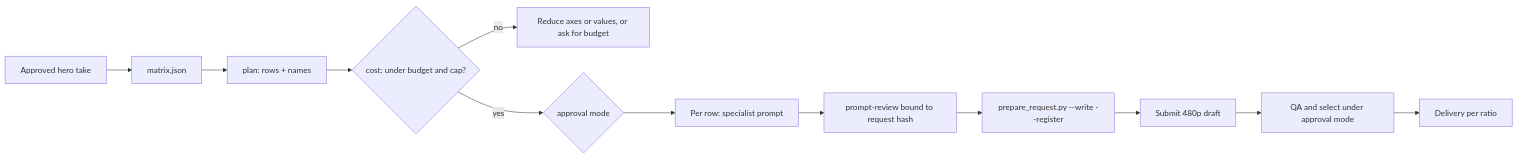
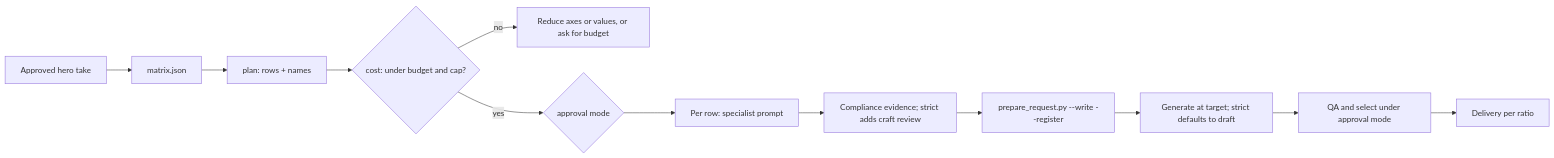
The diagram in .agents/skills/ad-variant-matrix/SKILL.md (byteplus-sa/seed-marketing-studio), drawn with Mermaid before and after one commit. The commit also changed other lines of this file and 27 other files, not shown here.

First line of the commit message:
feat: make routine production lightweight with opt-in strict review

````diff
--- a/.agents/skills/ad-variant-matrix/SKILL.md
+++ b/.agents/skills/ad-variant-matrix/SKILL.md
@@ -61,14 +70,14 @@
 ```mermaid
 flowchart LR
   H[Approved hero take] --> M[matrix.json]
   M --> P[plan: rows + names]
   P --> C{cost: under budget and cap?}
   C -->|no| R[Reduce axes or values, or ask for budget]
   C -->|yes| A{approval mode}
   A --> W[Per row: specialist prompt]
-  W --> PR[prompt-review bound to request hash]
+  W --> PR[Compliance evidence; strict adds craft review]
   PR --> REG[prepare_request.py --write --register]
-  REG --> S[Submit 480p draft]
+  REG --> S[Generate at target; strict defaults to draft]
   S --> Q[QA and select under approval mode]
   Q --> D[Delivery per ratio]
 ```
````
